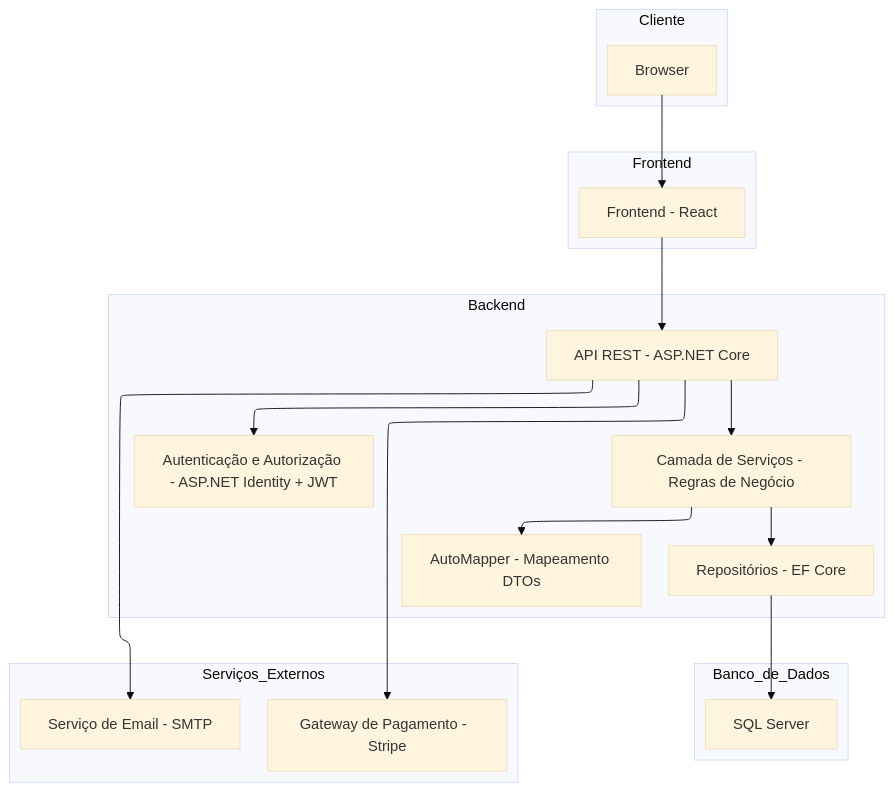
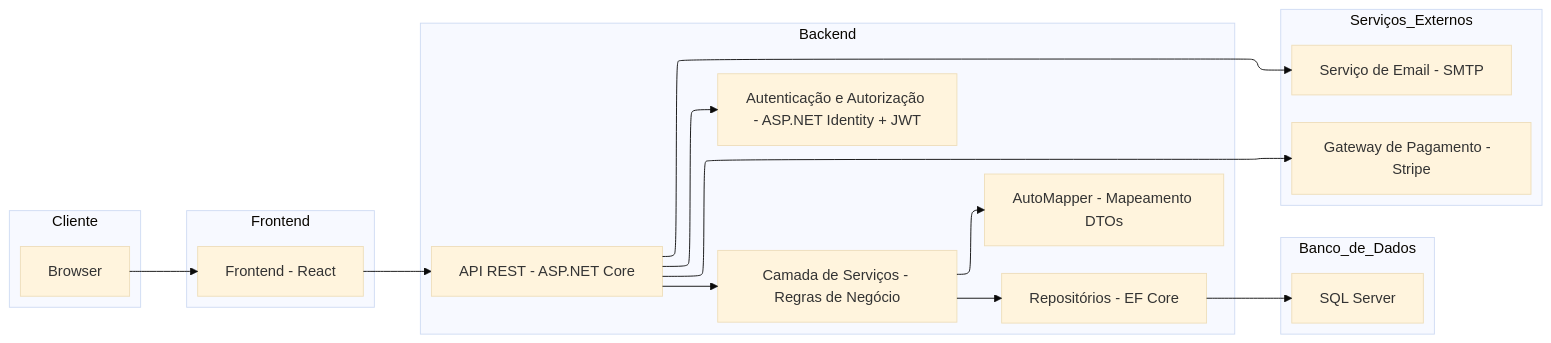
The second of 2 diagrams in README.md (GoDecola/GoDecola-API), drawn with Mermaid before and after one commit.

````diff
--- a/README.md
+++ b/README.md
@@ -159,43 +159,43 @@
 ```mermaid
 ---
 config:
   theme: base
   layout: elk
 ---
-graph TD
+graph LR
 
 subgraph Cliente
     A[Browser]
 end
 
 subgraph Frontend
     B[Frontend - React]
 end
 
 subgraph Backend
     C[API REST - ASP.NET Core]
     D[Autenticação e Autorização - ASP.NET Identity + JWT] 
     E[Camada de Serviços - Regras de Negócio]
     F[Repositórios - EF Core]
     K[AutoMapper - Mapeamento DTOs]
 end
 
 subgraph Banco_de_Dados
     G[SQL Server]
 end
 
 subgraph Serviços_Externos
     H[Gateway de Pagamento -  Stripe]
     I[Serviço de Email - SMTP]
 end
 
 A --> B
 B --> C
 C --> D
 C --> E
 E --> F
 E --> K
 F --> G
 C --> H
 C --> I
 ```
````
